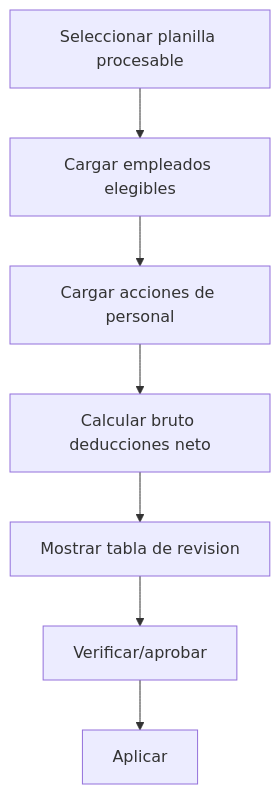
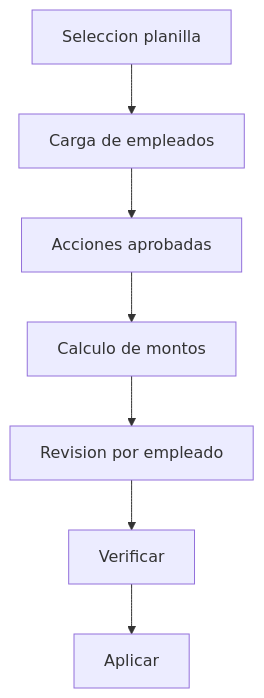
The second of 2 diagrams in docs/08-planilla/PLANILLA-NOMINA-CONSOLIDADO.md (Robertoart13/NewKipital), drawn with Mermaid before and after one commit. The commit also changed other lines of this file and 119 other files, not shown here.

````diff
--- a/docs/08-planilla/PLANILLA-NOMINA-CONSOLIDADO.md
+++ b/docs/08-planilla/PLANILLA-NOMINA-CONSOLIDADO.md
@@ -20,9 +35,9 @@
 ```mermaid
 flowchart TD
-  A[Seleccionar planilla procesable] --> B[Cargar empleados elegibles]
-  B --> C[Cargar acciones de personal]
-  C --> D[Calcular bruto deducciones neto]
-  D --> E[Mostrar tabla de revision]
-  E --> F[Verificar/aprobar]
+  A[Seleccion planilla] --> B[Carga de empleados]
+  B --> C[Acciones aprobadas]
+  C --> D[Calculo de montos]
+  D --> E[Revision por empleado]
+  E --> F[Verificar]
   F --> G[Aplicar]
 ```
````
